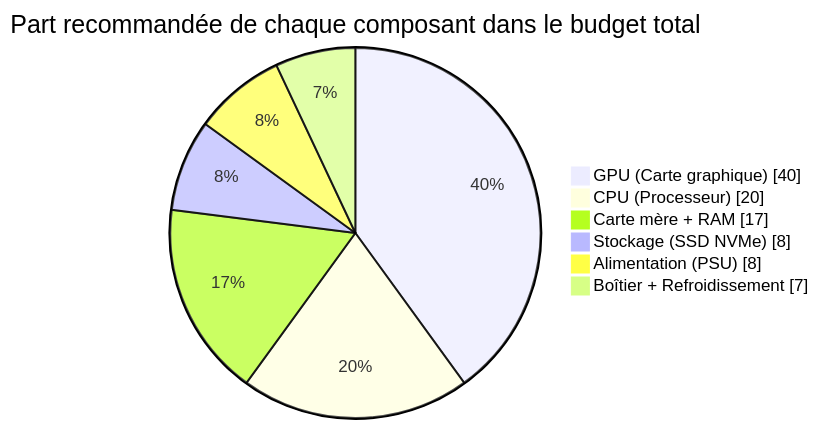
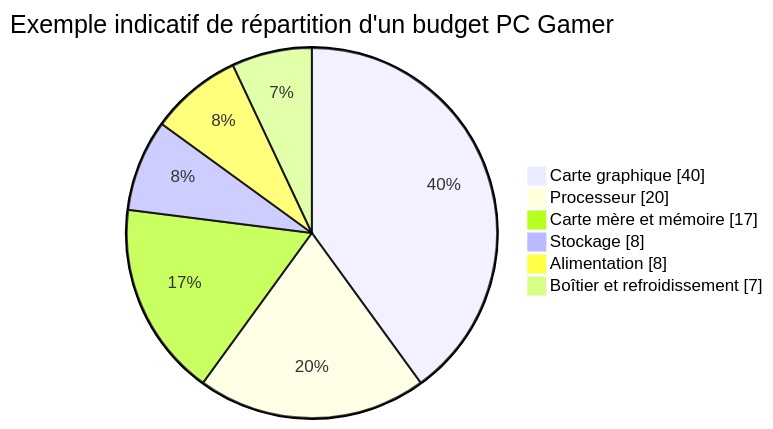
One commit to teremuhamblin/PCperso changed the second of 3 diagrams in README.md. Above: the diagram before and after it, drawn with Mermaid. The commit also changed other lines of this file, not shown here.

````diff
--- a/README.md
+++ b/README.md
@@ -109,10 +112,10 @@
 ```mermaid
 pie showData
-    title Part recommandée de chaque composant dans le budget total
-    "GPU (Carte graphique)" : 40
-    "CPU (Processeur)" : 20
-    "Carte mère + RAM" : 17
-    "Stockage (SSD NVMe)" : 8
-    "Alimentation (PSU)" : 8
-    "Boîtier + Refroidissement" : 7
+    title Exemple indicatif de répartition d'un budget PC Gamer
+    "Carte graphique" : 40
+    "Processeur" : 20
+    "Carte mère et mémoire" : 17
+    "Stockage" : 8
+    "Alimentation" : 8
+    "Boîtier et refroidissement" : 7
 ```
````
